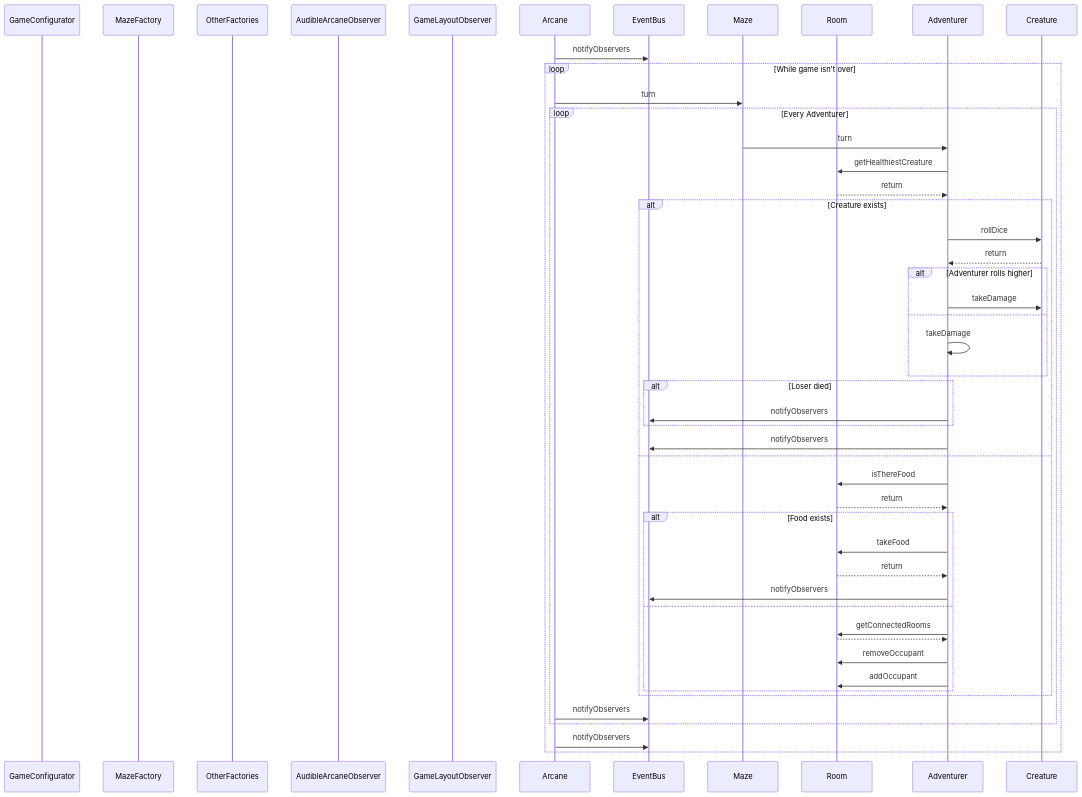
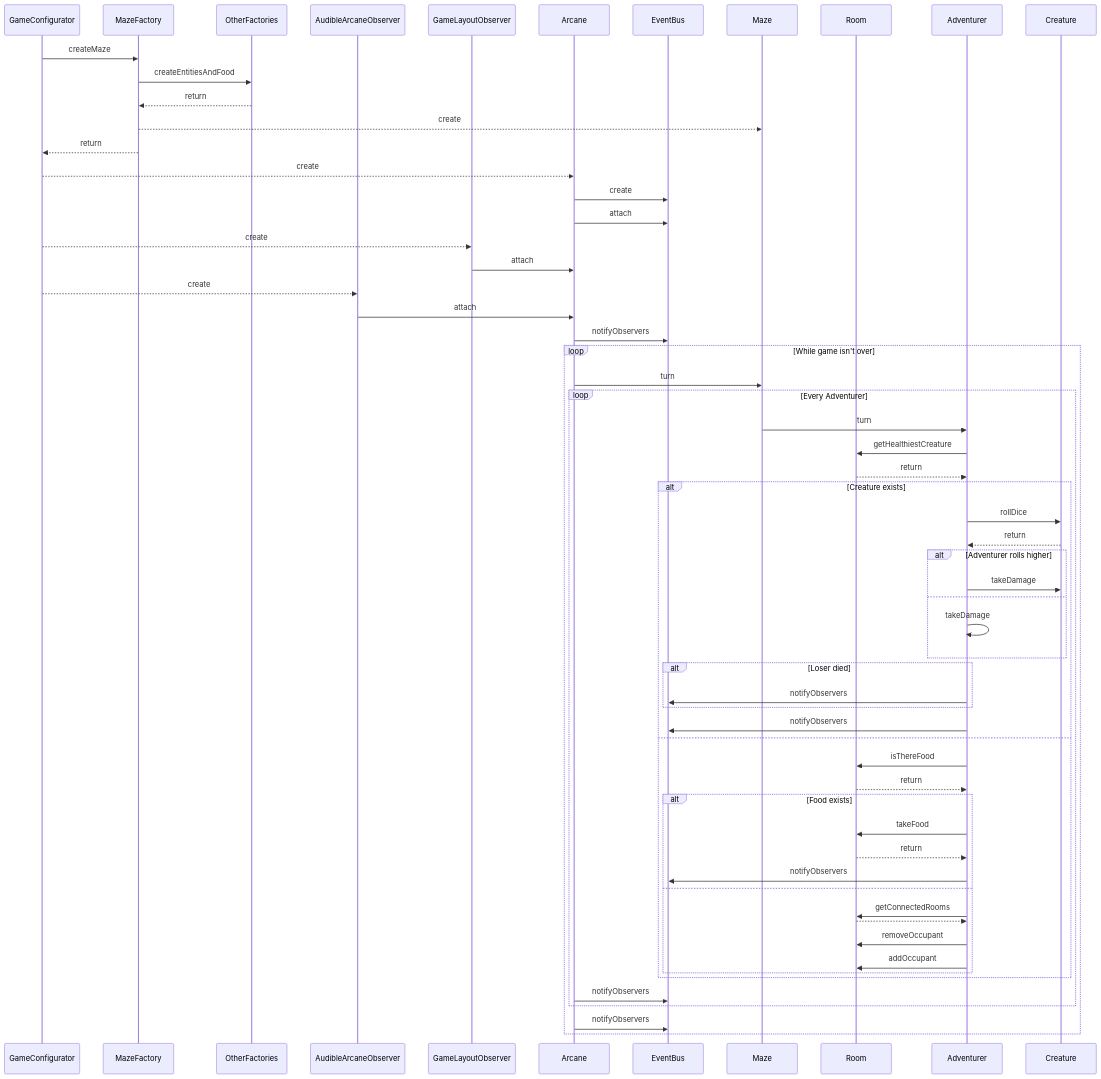
One commit to jonathancsci/csci4448-arcane-game changed the second of 2 diagrams in README.md. Above: the diagram before and after it, drawn with Mermaid. The commit also changed 1 other file, not shown here.

Commit message:
put instantiation in and made gui attach immediately after creation

````diff
--- a/README.md
+++ b/README.md
@@ -150,54 +150,65 @@
 ```mermaid
 sequenceDiagram
     participant GameConfigurator
     participant MazeFactory
     participant OtherFactories
     participant AudibleArcaneObserver
     participant GameLayoutObserver
     participant Arcane
     participant EventBus
     participant Maze
     participant Room
     participant Adventurer
     participant Creature
     
-    
+    GameConfigurator->>MazeFactory: createMaze
+    MazeFactory->>OtherFactories: createEntitiesAndFood
+    OtherFactories-->>MazeFactory: return
+    MazeFactory-->>Maze: create
+    MazeFactory-->>GameConfigurator: return
+    GameConfigurator-->>Arcane: create
+    Arcane->>EventBus: create
+    Arcane->>EventBus: attach
+    GameConfigurator-->>GameLayoutObserver: create
+    GameLayoutObserver->>Arcane: attach
+    GameConfigurator-->>AudibleArcaneObserver: create
+    AudibleArcaneObserver->>Arcane: attach
     
     Arcane->>EventBus: notifyObservers
     loop While game isn't over
         Arcane->>Maze: turn
         loop Every Adventurer
             Maze->>Adventurer: turn
             Adventurer->>Room: getHealthiestCreature
             Room-->>Adventurer: return
             alt Creature exists
             Adventurer->>Creature: rollDice
             Creature-->>Adventurer: return
                 alt Adventurer rolls higher
                     Adventurer->>Creature: takeDamage
                 else
                     Adventurer->>Adventurer: takeDamage
                 end
                 alt Loser died
                     Adventurer->>EventBus: notifyObservers
                 end
                 Adventurer->>EventBus: notifyObservers
             else
             Adventurer->>Room: isThereFood
             Room-->>Adventurer: return
             alt Food exists
                 Adventurer->>Room: takeFood
                 Room-->>Adventurer: return
                 Adventurer->>EventBus: notifyObservers
             else
                 Adventurer->>Room: getConnectedRooms
                 Room-->>Adventurer: 
                 Adventurer->>Room: removeOccupant
                 Adventurer->>Room: addOccupant
             end
         end
         Arcane->>EventBus: notifyObservers
     end
     Arcane->>EventBus: notifyObservers
 end
 ```
````
